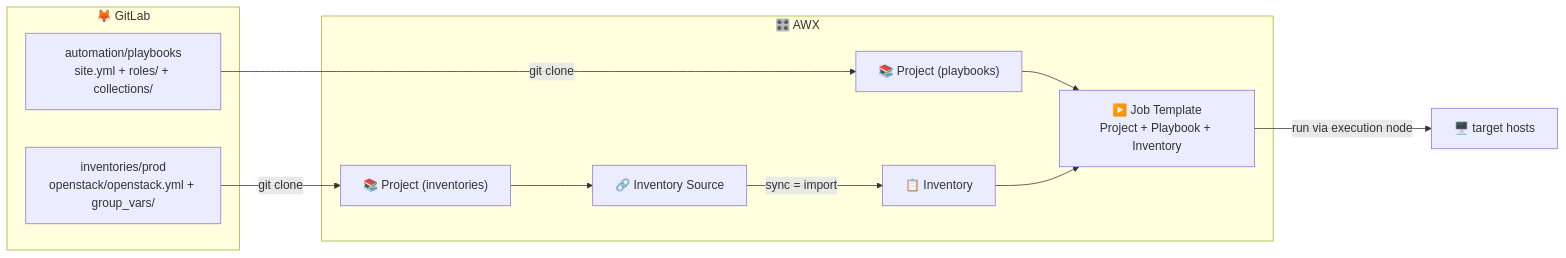
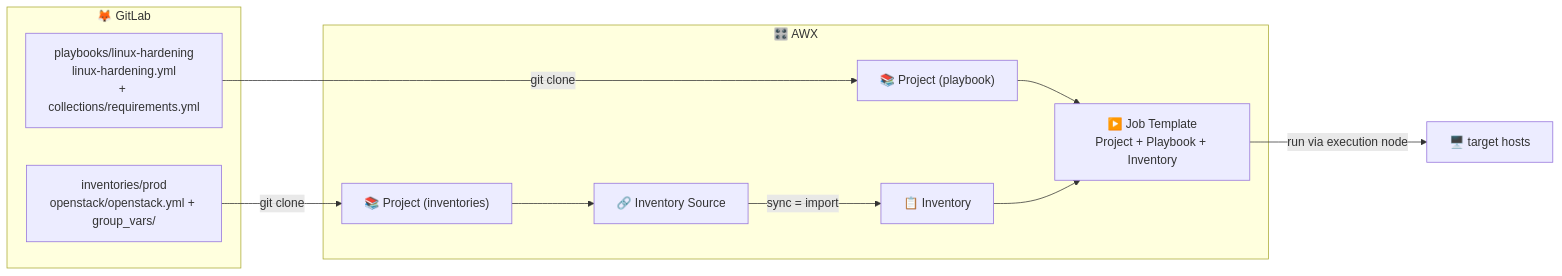
The diagram in content/automation/ansible/awx/awx-gitlab-wiring.md (Artolink/Wiki), drawn with Mermaid before and after one commit. The commit also changed other lines of this file and 3 other files, not shown here.

````diff
--- a/content/automation/ansible/awx/awx-gitlab-wiring.md
+++ b/content/automation/ansible/awx/awx-gitlab-wiring.md
@@ -20,22 +20,22 @@
 ```mermaid
 flowchart LR
     subgraph GL["🦊 GitLab"]
-        PB["automation/playbooks<br/>site.yml + roles/ + collections/"]
+        PB["playbooks/linux-hardening<br/>linux-hardening.yml<br/>+ collections/requirements.yml"]
         INV["inventories/prod<br/>openstack/openstack.yml + group_vars/"]
     end
     subgraph AWX["🎛️ AWX"]
-        ProjPB["📚 Project (playbooks)"]
+        ProjPB["📚 Project (playbook)"]
         ProjINV["📚 Project (inventories)"]
         Src["🔗 Inventory Source"]
         Inv["📋 Inventory"]
         JT["▶️ Job Template<br/>Project + Playbook + Inventory"]
     end
     Target["🖥️ target hosts"]
     PB -- "git clone" --> ProjPB
     INV -- "git clone" --> ProjINV
     ProjINV --> Src
     Src -- "sync = import" --> Inv
     ProjPB --> JT
     Inv --> JT
     JT -- "run via execution node" --> Target
 ```
````
